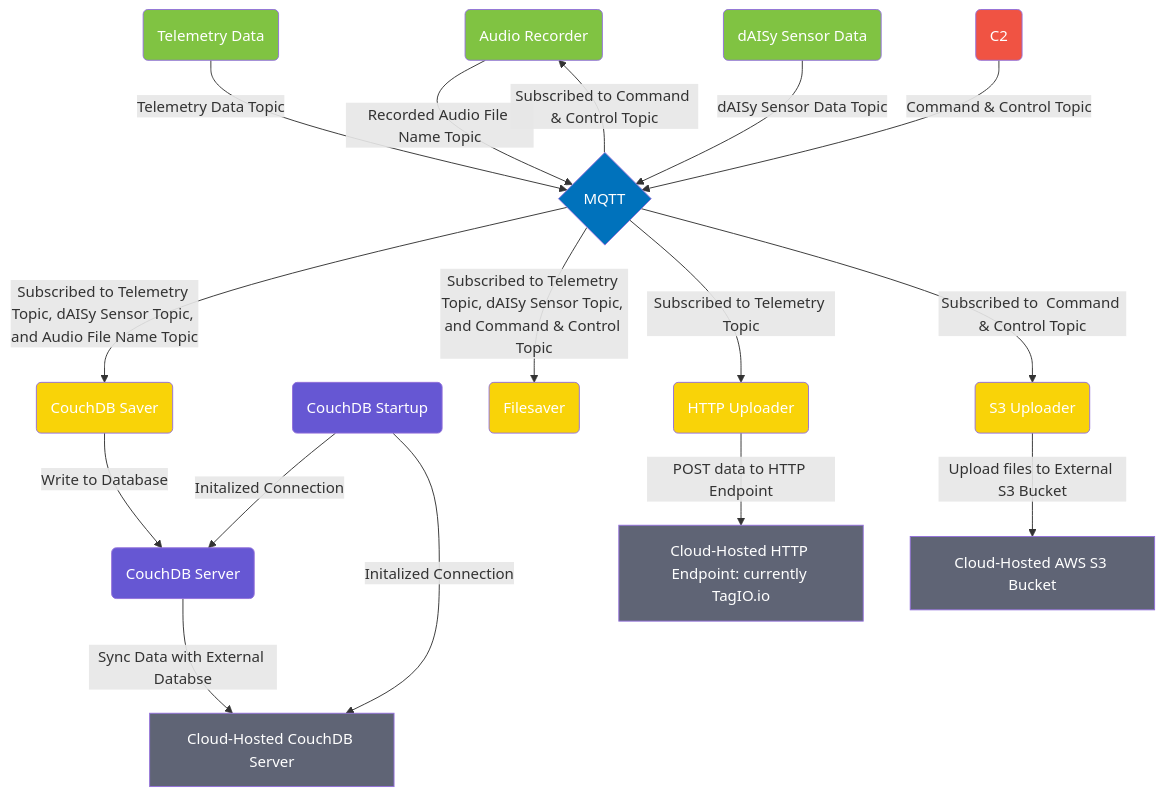
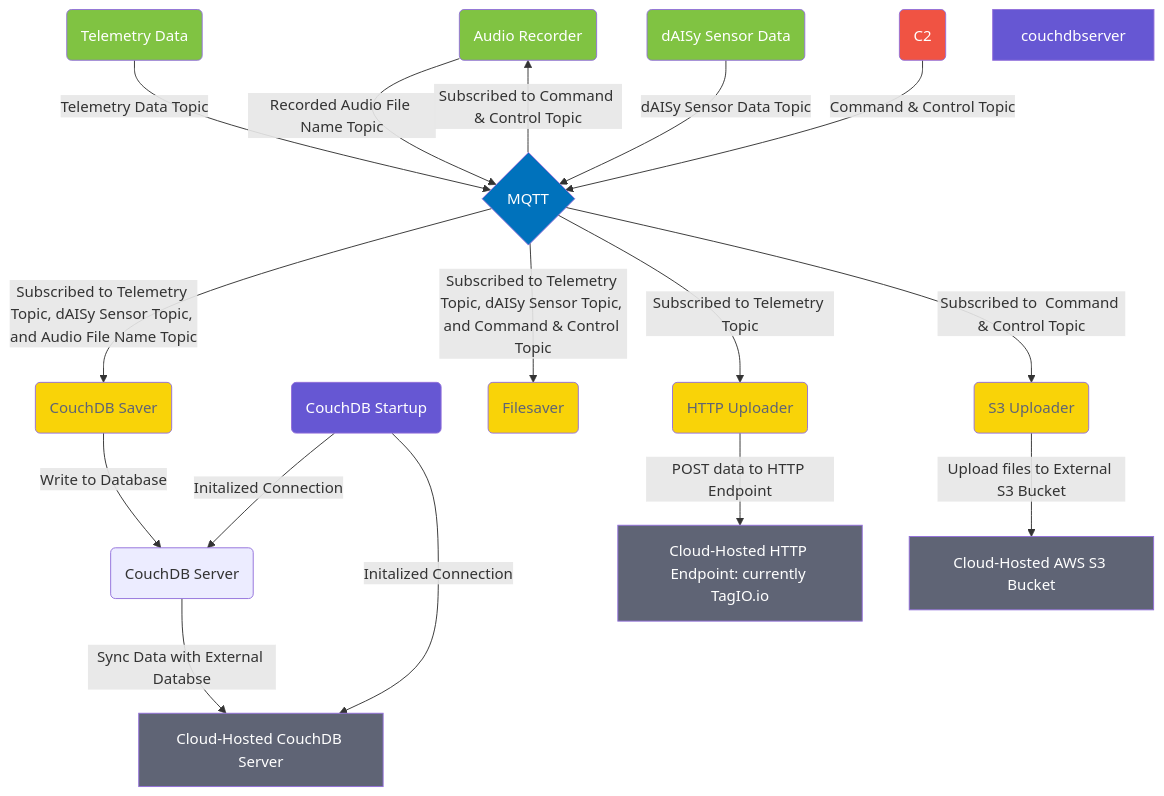
The diagram in README.md (IQTLabs/aisonobuoy-collector-pinephone), drawn with Mermaid before and after one commit.

Commit message:
changing for legibility

````diff
--- a/README.md
+++ b/README.md
@@ -76,51 +76,51 @@
 ``` mermaid
 flowchart TD
     edgetech-audio-recorder(Audio Recorder) -- Recorded Audio File Name Topic --> mqtt{MQTT}
     edgetech-telemetry-pinephone(Telemetry Data) -- Telemetry Data Topic --> mqtt{MQTT}
     edgetech-daisy(dAISy Sensor Data) -- dAISy Sensor Data Topic --> mqtt{MQTT}
 
     edgetech-c2(C2) -- Command & Control Topic --> mqtt{MQTT}
 
     edgetech-couchdb-saver(CouchDB Saver) -- Write to Database --> edgetech-couchdb-server(CouchDB Server)
     edgetech-couchdb-startup(CouchDB Startup) -- Initalized Connection --> edgetech-couchdb-server(CouchDB Server)
     edgetech-couchdb-startup(CouchDB Startup) -- Initalized Connection --> couchdbremote[Cloud-Hosted CouchDB Server]
     edgetech-couchdb-server(CouchDB Server) -- Sync Data with External Databse --> couchdbremote[Cloud-Hosted CouchDB Server]
     
     mqtt{MQTT} -- Subscribed to Telemetry Topic, dAISy Sensor Topic, and Audio File Name Topic --> edgetech-couchdb-saver(CouchDB Saver)
     mqtt{MQTT} -- Subscribed to Telemetry Topic, dAISy Sensor Topic, and Command & Control Topic --> edgetech-filesaver(Filesaver)
 
     mqtt{MQTT} -- Subscribed to Command & Control Topic --> edgetech-audio-recorder(Audio Recorder)
     mqtt{MQTT} -- Subscribed to Telemetry Topic --> edgetech-http-uploader(HTTP Uploader)
     edgetech-http-uploader(HTTP Uploader) -- POST data to HTTP Endpoint --> httpendpoint[Cloud-Hosted HTTP Endpoint: currently TagIO.io]
 
     mqtt{MQTT} -- Subscribed to  Command & Control Topic --> edgetech-s3-uploader(S3 Uploader)
     edgetech-s3-uploader(S3 Uploader) -- Upload files to External S3 Bucket --> s3remote[Cloud-Hosted AWS S3 Bucket]
 
 
 style mqtt fill:#0072bc,color:#ffffff
-style edgetech-couchdb-saver fill:#F9D308,color:#ffffff
+style edgetech-couchdb-saver fill:#F9D308,color:#5f6475
 style edgetech-telemetry-pinephone fill:#80c342,color:#ffffff
 style edgetech-daisy fill:#80c342,color:#ffffff
 style edgetech-couchdb-startup fill:#6657d3,color:#ffffff
-style edgetech-couchdb-server fill:#6657d3,color:#ffffff
+style couchdbserver fill:#6657d3,color:#ffffff
 style couchdbremote fill:#5f6475,color:#ffffff
-style edgetech-filesaver fill:#F9D308,color:#ffffff
+style edgetech-filesaver fill:#F9D308,color:#5f6475
 style edgetech-c2 fill:#f05343,color:#ffffff
 style edgetech-audio-recorder fill:#80c342,color:#ffffff
-style edgetech-s3-uploader fill:#F9D308,color:#ffffff
+style edgetech-s3-uploader fill:#F9D308,color:#5f6475
 style s3remote fill:#5f6475,color:#ffffff
-style edgetech-http-uploader fill:#F9D308,color:#ffffff
+style edgetech-http-uploader fill:#F9D308,color:#5f6475
 style httpendpoint fill:#5f6475,color:#ffffff
 
 click mqtt "https://github.com/IQTLabs/edgetech-core"
 click edgetech-s3-uploader "https://github.com/IQTLabs/edgetech-s3-uploader"
 click edgetech-telemetry-pinephone "https://github.com/IQTLabs/edgetech-telemetry-pinephone"
 click edgetech-http-uploader "https://github.com/IQTLabs/edgetech-http-uploader"
 click edgetech-daisy "https://github.com/IQTLabs/edgetech-daisy"
 click edgetech-c2 "https://github.com/IQTLabs/edgetech-c2"
 click edgetech-filesaver "https://github.com/IQTLabs/edgetech-filesaver"
 click edgetech-audio-recorder "https://github.com/IQTLabs/edgetech-audio-recorder"
 click edgetech-couchdb-startup "https://github.com/IQTLabs/edgetech-couchdb-startup"
 click edgetech-couchdb-server "https://github.com/IQTLabs/edgetech-couchdb-startup"
 click edgetech-couchdb-saver "https://github.com/IQTLabs/edgetech-couchdb-saver"
 ```
````
